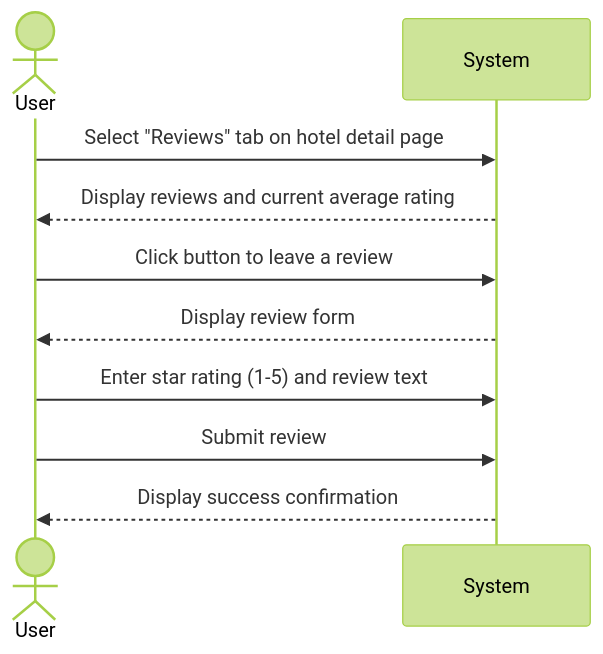
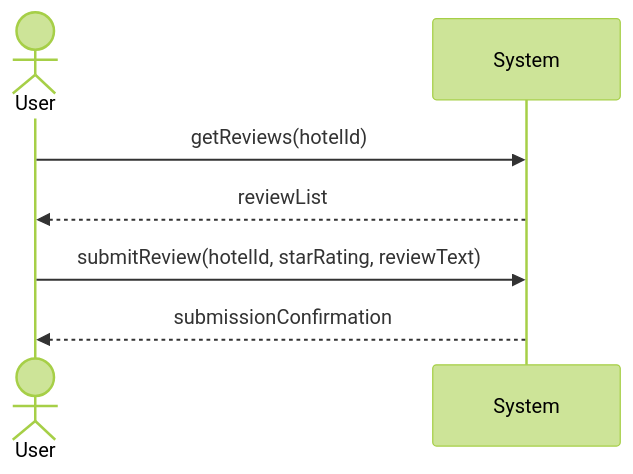
One commit to JaceYar/Software1-Proj changed the diagram in Documentation/User-Cases/Review.md. Above: the diagram before and after it, drawn with Mermaid (forest theme). The commit also changed 18 other files, not shown here.

````diff
--- a/Documentation/User-Cases/Review.md
+++ b/Documentation/User-Cases/Review.md
@@ -11,13 +11,10 @@
 ```mermaid
 sequenceDiagram
     actor User
     participant System
 
-    User->>System: Select "Reviews" tab on hotel detail page
-    System-->>User: Display reviews and current average rating
-    User->>System: Click button to leave a review
-    System-->>User: Display review form
-    User->>System: Enter star rating (1-5) and review text
-    User->>System: Submit review
-    System-->>User: Display success confirmation
+    User->>System: getReviews(hotelId)
+    System-->>User: reviewList
+    User->>System: submitReview(hotelId, starRating, reviewText)
+    System-->>User: submissionConfirmation
 ```
````
